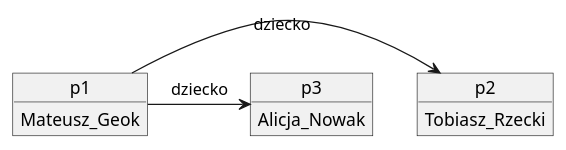
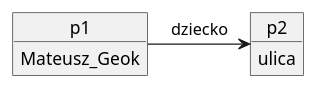
Before and after one commit to EnormiE/java-lab-2025: the diagram in genealogy/peopleSchemes/Mateusz_Geok.puml, drawn with PlantUML. The commit also changed 3 other files, not shown here.

```diff
--- a/genealogy/peopleSchemes/Mateusz_Geok.puml
+++ b/genealogy/peopleSchemes/Mateusz_Geok.puml
@@ -1,16 +1,10 @@
 @startuml
 object p1{
 Mateusz_Geok
 }
 object p2{
-Tobiasz_Rzecki
+ulica
 }
-
-p1 -> p2 : dziecko
-object p3{
-Alicja_Nowak
-}
-
-p1 -> p3 : dziecko
+p1 -> p2: dziecko
 
 @enduml
```
